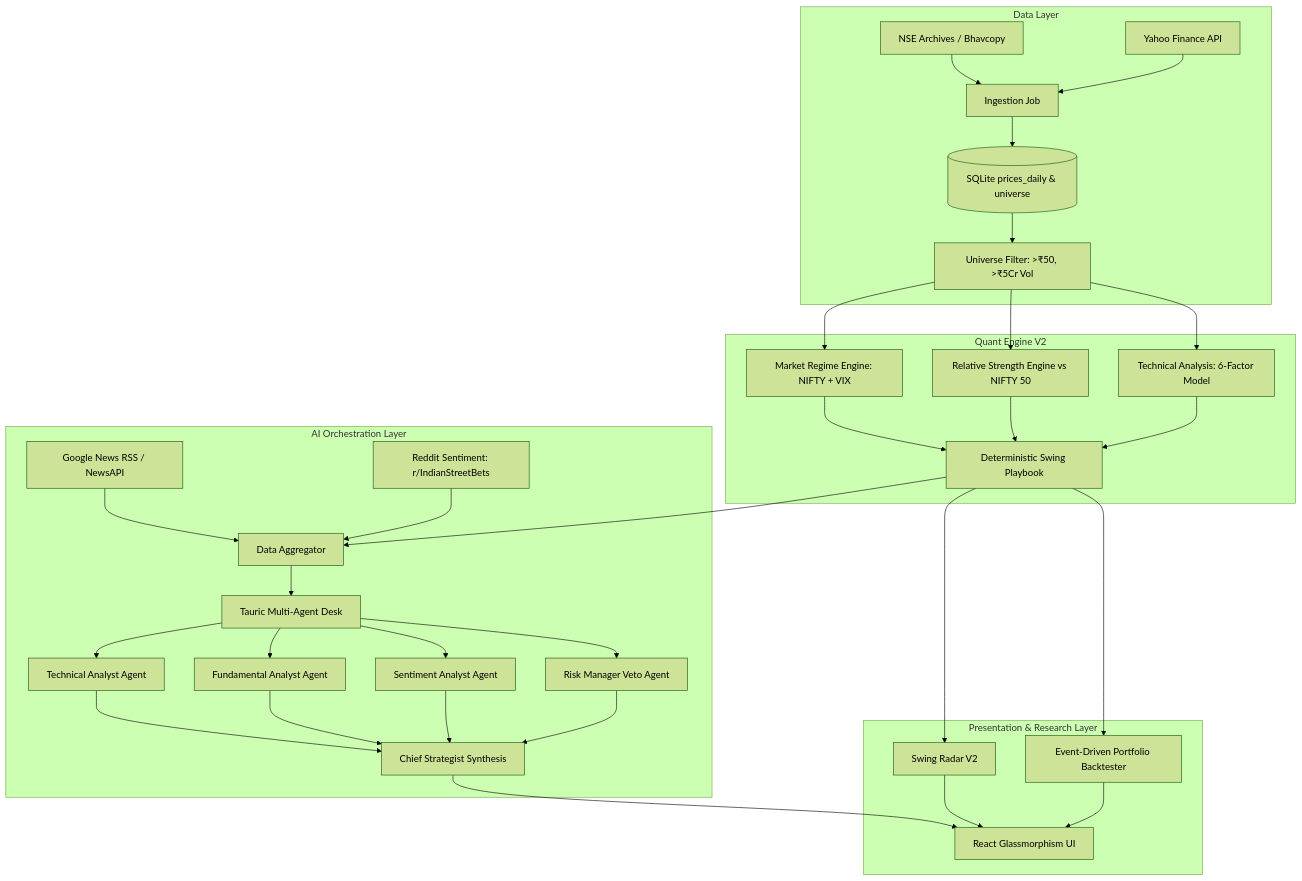
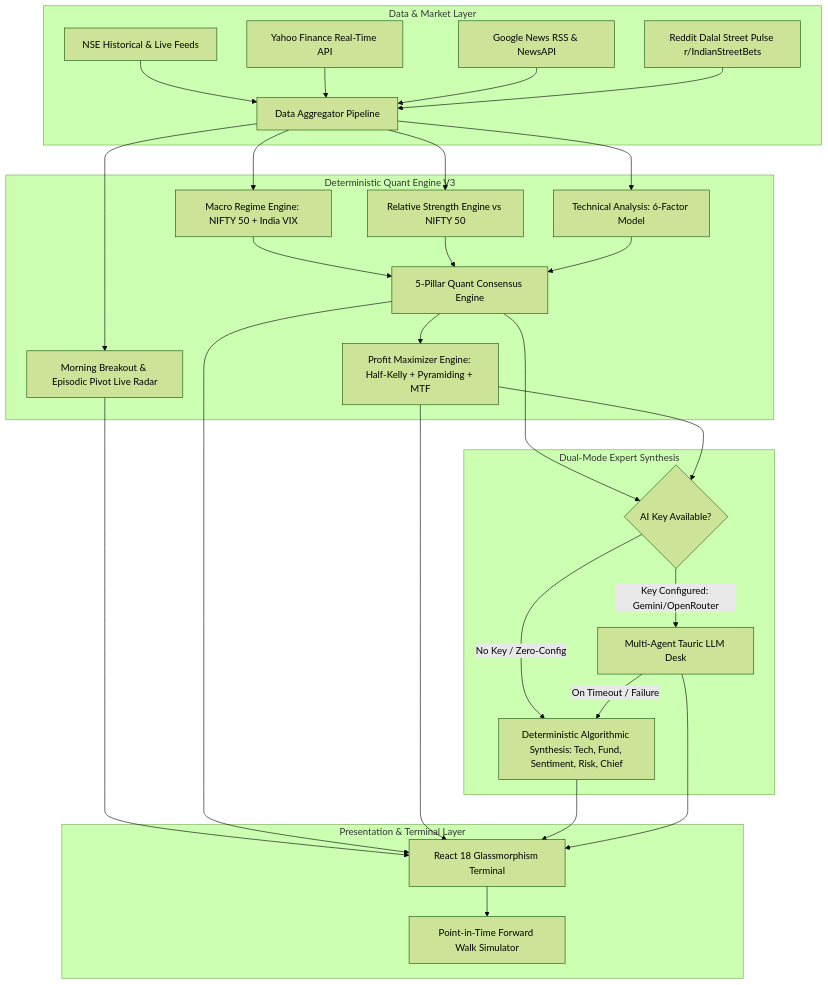
Before and after one commit to shreyaspande2003/stock-sage-india: the first of 2 diagrams in StockSage_System_Design.md, drawn with Mermaid (forest theme). The commit also changed other lines of this file and 15 other files, not shown here.

Commit message:
feat: v3.0 master system design doc, dual-mode expert synthesis & zero-config unblocking across all features

````diff
--- a/StockSage_System_Design.md
+++ b/StockSage_System_Design.md
@@ -43,44 +47,40 @@
 ```mermaid
 graph TD
-    subgraph Data Layer
-        NSE[NSE Archives / Bhavcopy] --> Ingest[Ingestion Job]
-        YF[Yahoo Finance API] --> Ingest
-        Ingest --> DB[(SQLite prices_daily & universe)]
-        DB --> Filter[Universe Filter: >₹50, >₹5Cr Vol]
+    subgraph Data & Market Layer
+        NSE[NSE Historical & Live Feeds] --> Agg[Data Aggregator Pipeline]
+        YF[Yahoo Finance Real-Time API] --> Agg
+        News[Google News RSS & NewsAPI] --> Agg
+        Reddit[Reddit Dalal Street Pulse r/IndianStreetBets] --> Agg
     end
 
-    subgraph Quant Engine V2
-        Filter --> Regime[Market Regime Engine: NIFTY + VIX]
-        Filter --> RS[Relative Strength Engine vs NIFTY 50]
-        Filter --> TA[Technical Analysis: 6-Factor Model]
+    subgraph Deterministic Quant Engine V3
+        Agg --> Regime[Macro Regime Engine: NIFTY 50 + India VIX]
+        Agg --> RS[Relative Strength Engine vs NIFTY 50]
+        Agg --> TA[Technical Analysis: 6-Factor Model]
         
-        Regime --> Swing[Deterministic Swing Playbook]
-        RS --> Swing
-        TA --> Swing
+        Regime --> Quant[5-Pillar Quant Consensus Engine]
+        RS --> Quant
+        TA --> Quant
+        
+        Quant --> PM[Profit Maximizer Engine: Half-Kelly + Pyramiding + MTF]
+        Agg --> Morning[Morning Breakout & Episodic Pivot Live Radar]
     end
 
-    subgraph AI Orchestration Layer
-        Swing --> Agg[Data Aggregator]
-        News[Google News RSS / NewsAPI] --> Agg
-        Reddit[Reddit Sentiment: r/IndianStreetBets] --> Agg
+    subgraph Dual-Mode Expert Synthesis
+        Quant --> Syn{AI Key Available?}
+        PM --> Syn
         
-        Agg --> AI[Tauric Multi-Agent Desk]
-        AI --> TechA[Technical Analyst Agent]
-        AI --> FundA[Fundamental Analyst Agent]
-        AI --> SentA[Sentiment Analyst Agent]
-        AI --> RiskA[Risk Manager Veto Agent]
-        
-        TechA --> Chief[Chief Strategist Synthesis]
-        FundA --> Chief
-        SentA --> Chief
-        RiskA --> Chief
+        Syn -->|No Key / Zero-Config| DetSyn[Deterministic Algorithmic Synthesis: Tech, Fund, Sentiment, Risk, Chief]
+        Syn -->|Key Configured: Gemini/OpenRouter| CloudLLM[Multi-Agent Tauric LLM Desk]
+        CloudLLM -->|On Timeout / Failure| DetSyn
     end
 
-    subgraph Presentation & Research Layer
-        Swing --> Radar[Swing Radar V2]
-        Swing --> Backtest[Event-Driven Portfolio Backtester]
-        Chief --> UI[React Glassmorphism UI]
-        Radar --> UI
-        Backtest --> UI
+    subgraph Presentation & Terminal Layer
+        Morning --> UI[React 18 Glassmorphism Terminal]
+        Quant --> UI
+        PM --> UI
+        DetSyn --> UI
+        CloudLLM --> UI
+        UI --> Backtest[Point-in-Time Forward Walk Simulator]
     end
 ```
````
